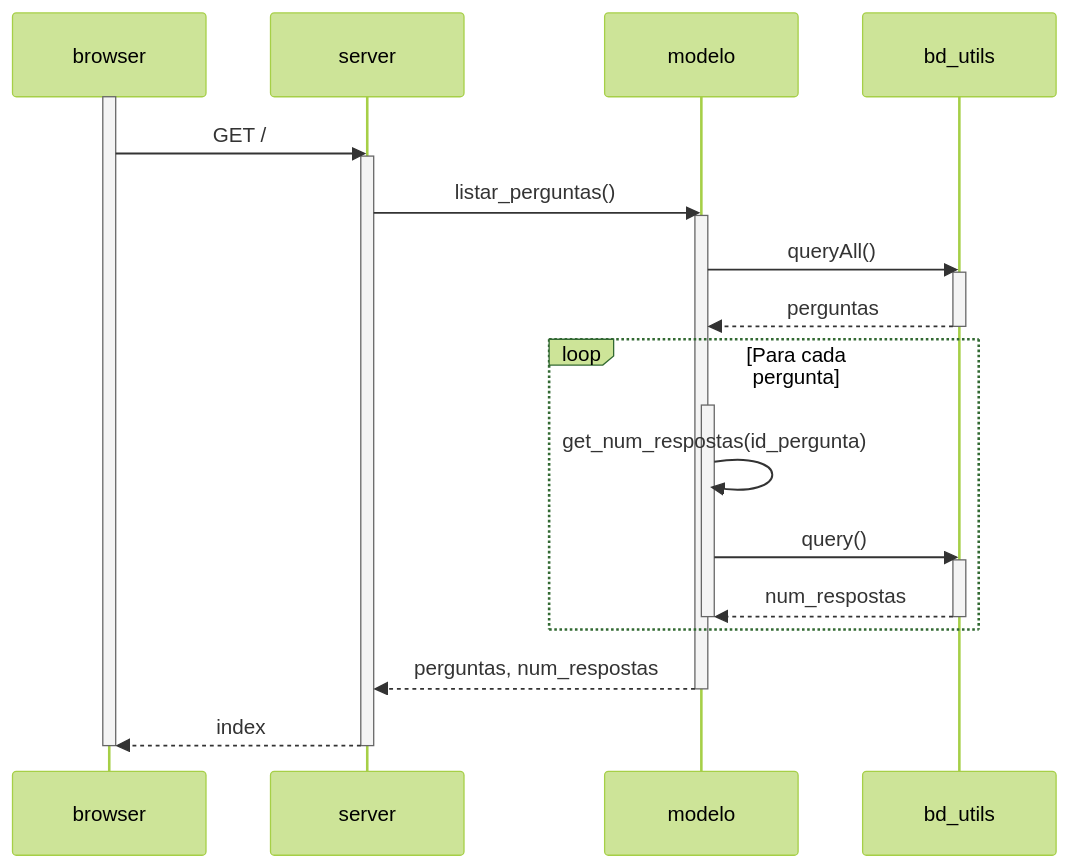
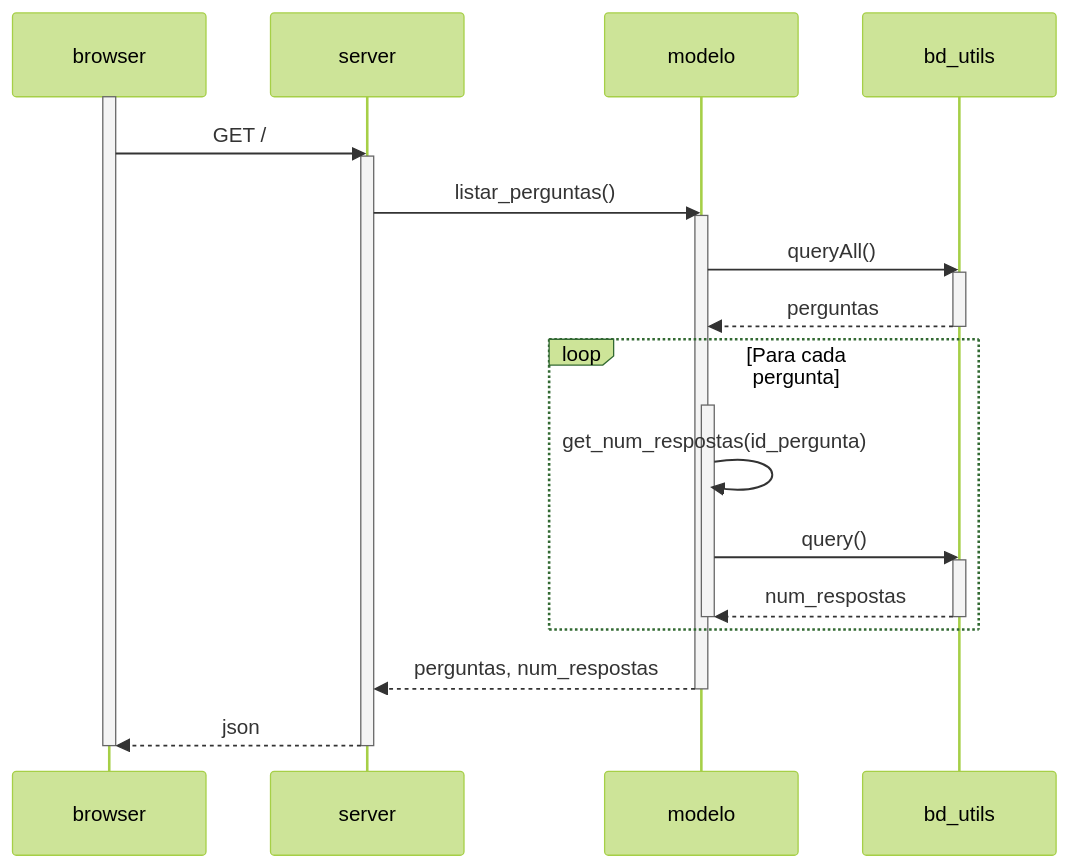
Before and after one commit to mtov/esmforum: the first of 3 diagrams in docs/uml.md, drawn with Mermaid (forest theme). The commit also changed other lines of this file, not shown here.

````diff
--- a/docs/uml.md
+++ b/docs/uml.md
@@ -8,26 +8,26 @@
 ```mermaid
     sequenceDiagram
         activate browser
 	browser->>server: GET / 
         activate server
         server->>modelo: listar_perguntas()
         activate modelo
         modelo->>bd_utils: queryAll()
         activate bd_utils
         bd_utils-->>modelo: perguntas
         deactivate bd_utils
 	loop Para cada pergunta
 	  activate modelo
 	  modelo->>modelo: get_num_respostas(id_pergunta)
 	  modelo->>bd_utils: query()
           activate bd_utils
           bd_utils-->>modelo: num_respostas
           deactivate bd_utils
 	  deactivate modelo
 	end  
         modelo-->>server: perguntas, num_respostas
         deactivate modelo
-	server-->>browser: index
+	server-->>browser: json
 	deactivate server
 	deactivate browser
 ```	
````
